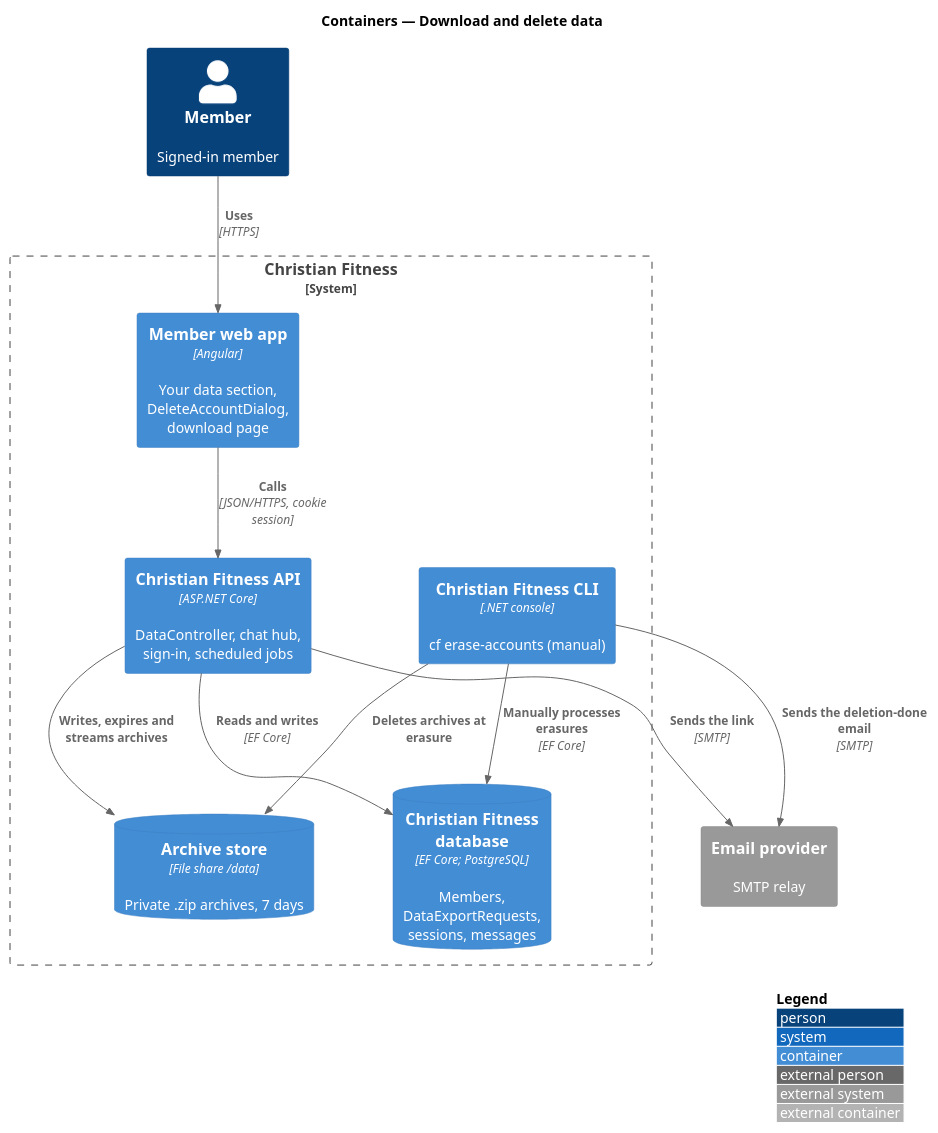
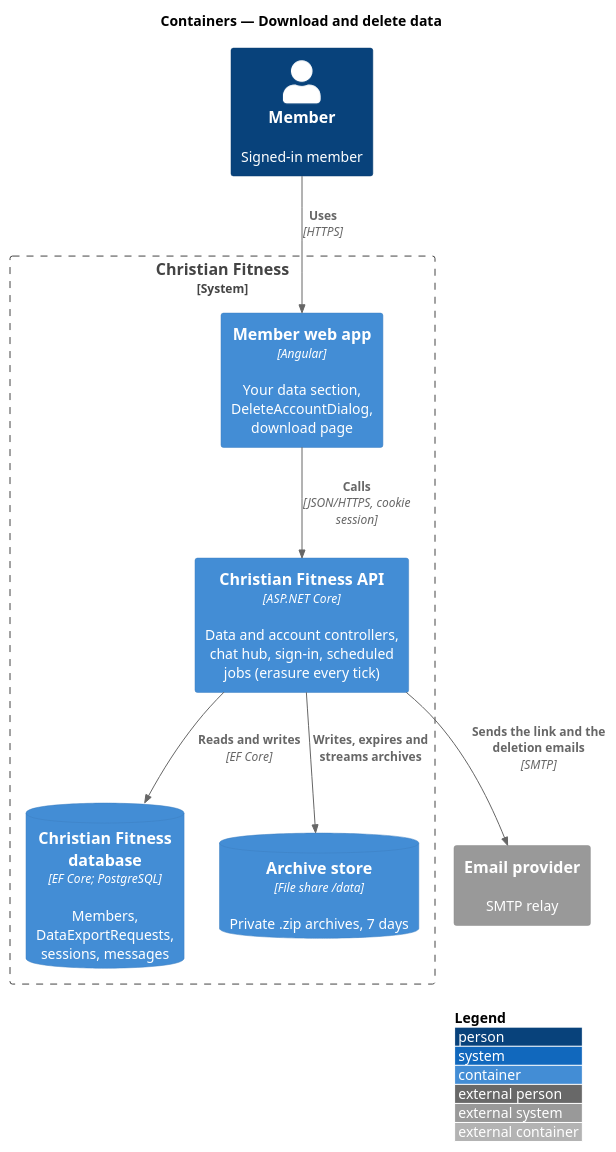
The diagram in docs/detailed-designs/preferences/download-and-delete-data/diagrams/c4-container.puml (QuinntyneBrown/christian-fitness), drawn with PlantUML before and after one commit. The commit also changed 106 other files, not shown here.

```diff
--- a/docs/detailed-designs/preferences/download-and-delete-data/diagrams/c4-container.puml
+++ b/docs/detailed-designs/preferences/download-and-delete-data/diagrams/c4-container.puml
@@ -1,23 +1,19 @@
 @startuml
 !include <C4/C4_Container>
 LAYOUT_WITH_LEGEND()
 title Containers — Download and delete data
 
 Person(member, "Member", "Signed-in member")
 System_Boundary(cf, "Christian Fitness") {
   Container(web, "Member web app", "Angular", "Your data section, DeleteAccountDialog, download page")
-  Container(api, "Christian Fitness API", "ASP.NET Core", "DataController, chat hub, sign-in, scheduled jobs")
-  Container(cli, "Christian Fitness CLI", ".NET console", "cf erase-accounts (manual)")
+  Container(api, "Christian Fitness API", "ASP.NET Core", "Data and account controllers, chat hub, sign-in, scheduled jobs (erasure every tick)")
   ContainerDb(db, "Christian Fitness database", "EF Core; PostgreSQL", "Members, DataExportRequests, sessions, messages")
   ContainerDb(files, "Archive store", "File share /data", "Private .zip archives, 7 days")
 }
 System_Ext(mail, "Email provider", "SMTP relay")
 Rel(member, web, "Uses", "HTTPS")
 Rel(web, api, "Calls", "JSON/HTTPS, cookie session")
 Rel(api, db, "Reads and writes", "EF Core")
 Rel(api, files, "Writes, expires and streams archives")
-Rel(api, mail, "Sends the link", "SMTP")
-Rel(cli, db, "Manually processes erasures", "EF Core")
-Rel(cli, files, "Deletes archives at erasure")
-Rel(cli, mail, "Sends the deletion-done email", "SMTP")
+Rel(api, mail, "Sends the link and the deletion emails", "SMTP")
 @enduml
```
